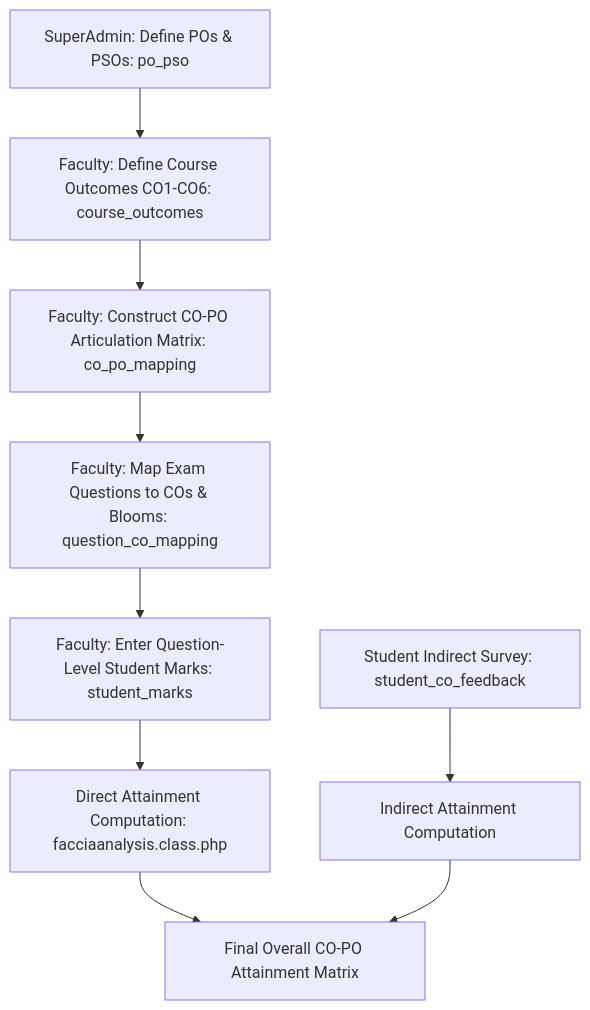
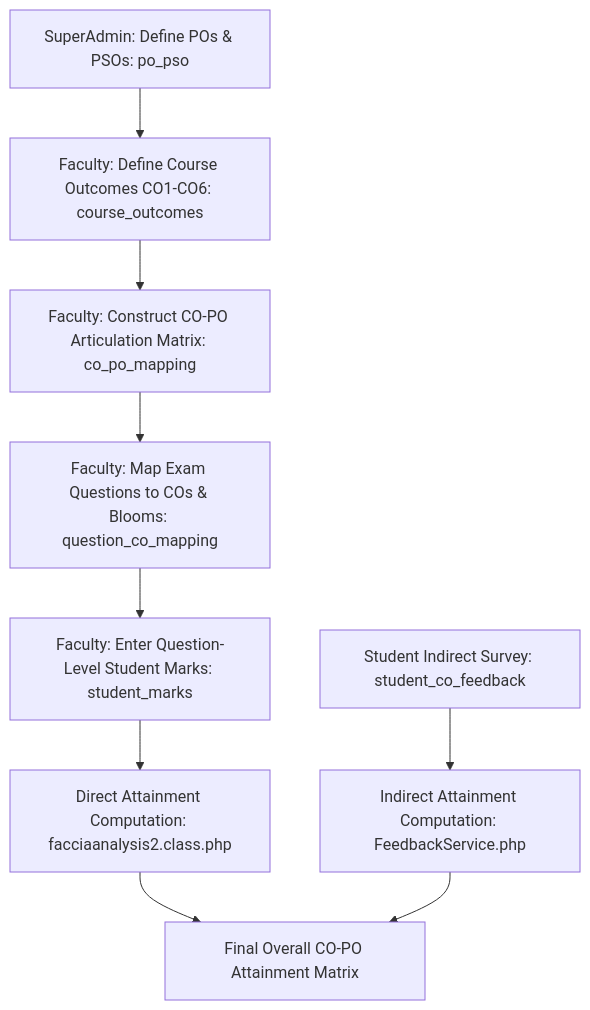
The diagram in docs/workflows/co-po-attainment.md (katamanilprojects/sarb_cea), drawn with Mermaid before and after one commit. The commit also changed other lines of this file and 9 other files, not shown here.

First line of the commit message:
docs: synchronize database schema, relationships, and feedback workflows

````diff
--- a/docs/workflows/co-po-attainment.md
+++ b/docs/workflows/co-po-attainment.md
@@ -9,10 +9,10 @@
 ```mermaid
 graph TD
     A[SuperAdmin: Define POs & PSOs: po_pso] --> B[Faculty: Define Course Outcomes CO1-CO6: course_outcomes]
     B --> C[Faculty: Construct CO-PO Articulation Matrix: co_po_mapping]
     C --> D[Faculty: Map Exam Questions to COs & Blooms: question_co_mapping]
     D --> E[Faculty: Enter Question-Level Student Marks: student_marks]
-    E --> F[Direct Attainment Computation: facciaanalysis.class.php]
-    G[Student Indirect Survey: student_co_feedback] --> H[Indirect Attainment Computation]
+    E --> F[Direct Attainment Computation: facciaanalysis2.class.php]
+    G[Student Indirect Survey: student_co_feedback] --> H[Indirect Attainment Computation: FeedbackService.php]
     F & H --> I[Final Overall CO-PO Attainment Matrix]
 ```
````
